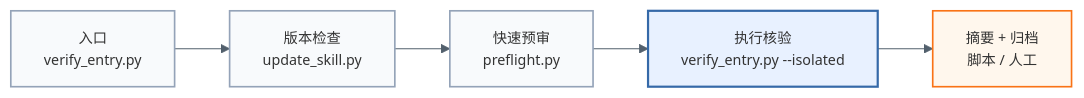
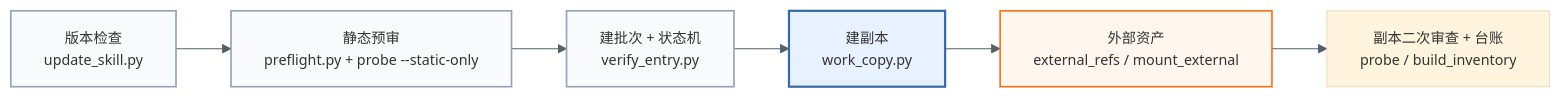
One commit to KnowledgeXLab/sci-asset-verify-skill changed the first of 4 diagrams in README.md. Above: the diagram before and after it, drawn with Mermaid. The commit also changed other lines of this file and 9 other files, not shown here.

````diff
--- a/README.md
+++ b/README.md
@@ -173,12 +173,12 @@
 ```mermaid
 %%{init: {"theme": "base", "themeVariables": {"fontSize": "13px", "lineColor": "#52606d"}}}%%
 flowchart LR
-    A["入口<br/>verify_entry.py"] --> B["版本检查<br/>update_skill.py"] --> C["快速预审<br/>preflight.py"] --> D["执行核验<br/>verify_entry.py --isolated"] --> E["摘要 + 归档<br/>脚本 / 人工"]
+    A["版本检查<br/>update_skill.py"] --> B["静态预审<br/>preflight.py + probe --static-only"] --> C["建批次 + 状态机<br/>verify_entry.py"] --> D["建副本<br/>work_copy.py"] --> E["外部资产<br/>external_refs / mount_external"] --> F["副本二次审查 + 台账<br/>probe / build_inventory"]
 
     classDef script fill:#f8fafc,stroke:#94a3b8,stroke-width:1.5px;
     classDef human fill:#fff7ed,stroke:#f97316,stroke-width:1.5px;
     classDef focus fill:#e8f1ff,stroke:#3569a8,stroke-width:2px;
     class A,B,C script;
     class D focus;
     class E human;
 ```
````
